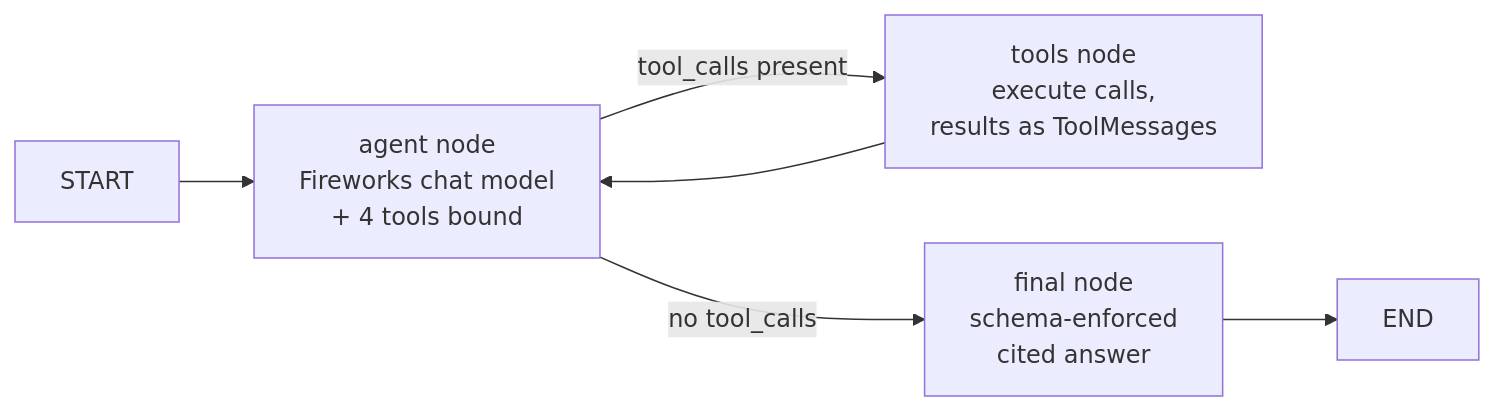
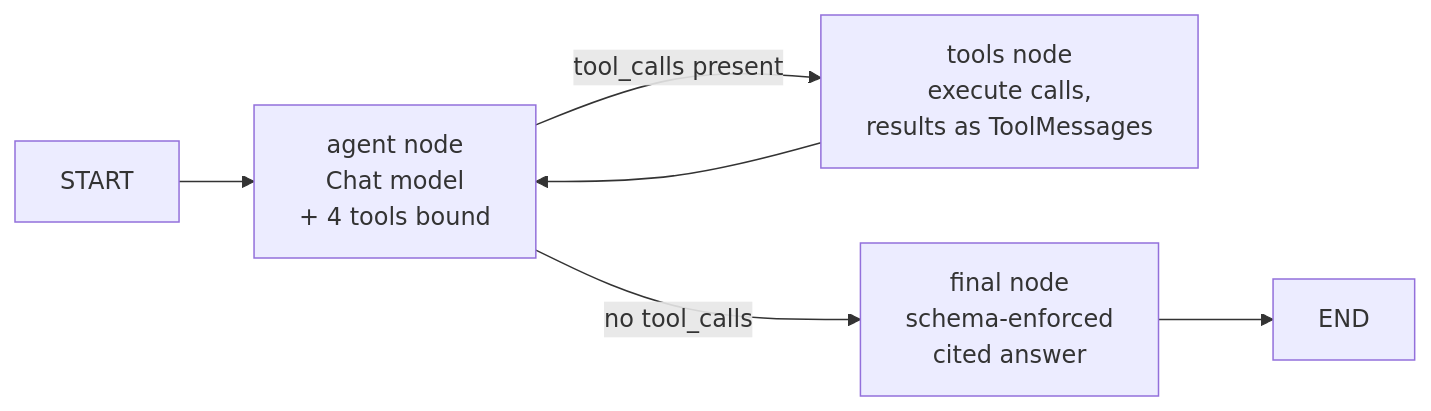
One commit to pedroleitao-neo4j/hmrc-manuals-kg changed the second of 2 diagrams in README.md. Above: the diagram before and after it, drawn with Mermaid. The commit also changed other lines of this file, not shown here.

````diff
--- a/README.md
+++ b/README.md
@@ -275,11 +275,11 @@
 ```mermaid
 flowchart LR
     START --> AGENT
-    AGENT["agent node<br/>Fireworks chat model<br/>+ 4 tools bound"]
+    AGENT["agent node<br/>Chat model<br/>+ 4 tools bound"]
     AGENT -->|tool_calls present| TOOLS
     TOOLS["tools node<br/>execute calls,<br/>results as ToolMessages"]
     TOOLS --> AGENT
     AGENT -->|no tool_calls| FINAL
     FINAL["final node<br/>schema-enforced<br/>cited answer"]
     FINAL --> END
 ```
````
